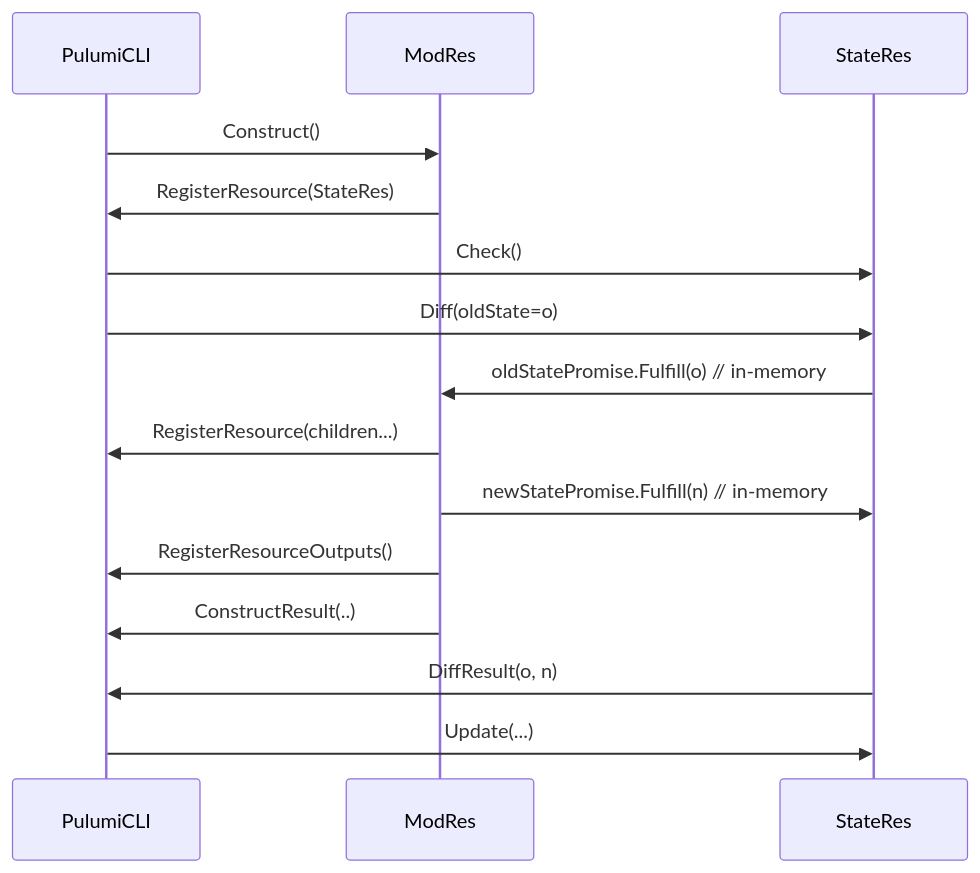
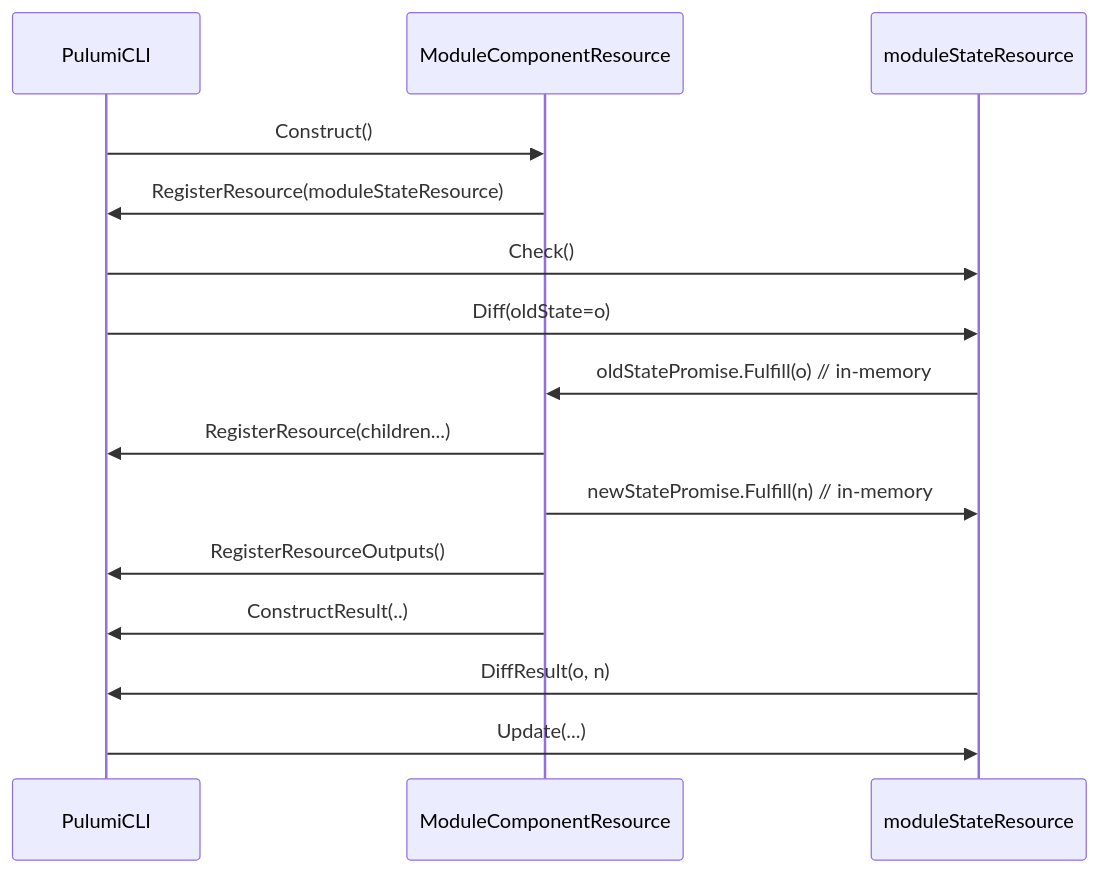
One commit to pulumi/pulumi-terraform-module changed the diagram in docs/internals/module-state-resource.md. Above: the diagram before and after it, drawn with Mermaid. The commit also changed other lines of this file, not shown here.

````diff
--- a/docs/internals/module-state-resource.md
+++ b/docs/internals/module-state-resource.md
@@ -32,25 +33,25 @@
 ``` mermaid
 
 sequenceDiagram
   participant PulumiCLI
-  participant ModRes
-  participant StateRes
+  participant ModuleComponentResource
+  participant moduleStateResource
 
-  PulumiCLI->>ModRes:  Construct()
-  ModRes->>PulumiCLI:  RegisterResource(StateRes)
+  PulumiCLI->>ModuleComponentResource:  Construct()
+  ModuleComponentResource->>PulumiCLI:  RegisterResource(moduleStateResource)
 
-  PulumiCLI->>StateRes: Check()
-  PulumiCLI->>StateRes: Diff(oldState=o)
+  PulumiCLI->>moduleStateResource: Check()
+  PulumiCLI->>moduleStateResource: Diff(oldState=o)
 
-  StateRes->>ModRes:    oldStatePromise.Fulfill(o) // in-memory
+  moduleStateResource->>ModuleComponentResource:    oldStatePromise.Fulfill(o) // in-memory
 
-  ModRes->>PulumiCLI:   RegisterResource(children...)
-  ModRes->>StateRes:    newStatePromise.Fulfill(n) // in-memory
+  ModuleComponentResource->>PulumiCLI:   RegisterResource(children...)
+  ModuleComponentResource->>moduleStateResource:    newStatePromise.Fulfill(n) // in-memory
 
-  ModRes->>PulumiCLI:   RegisterResourceOutputs()
-  ModRes->>PulumiCLI:   ConstructResult(..)
+  ModuleComponentResource->>PulumiCLI:   RegisterResourceOutputs()
+  ModuleComponentResource->>PulumiCLI:   ConstructResult(..)
 
-  StateRes->>PulumiCLI: DiffResult(o, n)
-  PulumiCLI->>StateRes: Update(...)
+  moduleStateResource->>PulumiCLI: DiffResult(o, n)
+  PulumiCLI->>moduleStateResource: Update(...)
 
 ```
````
